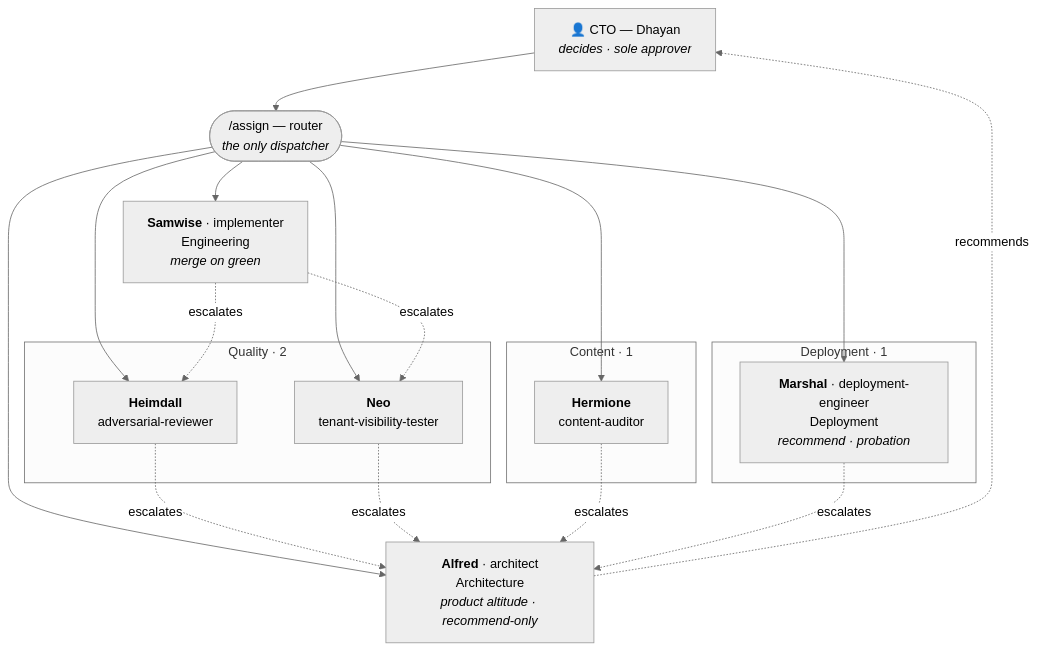
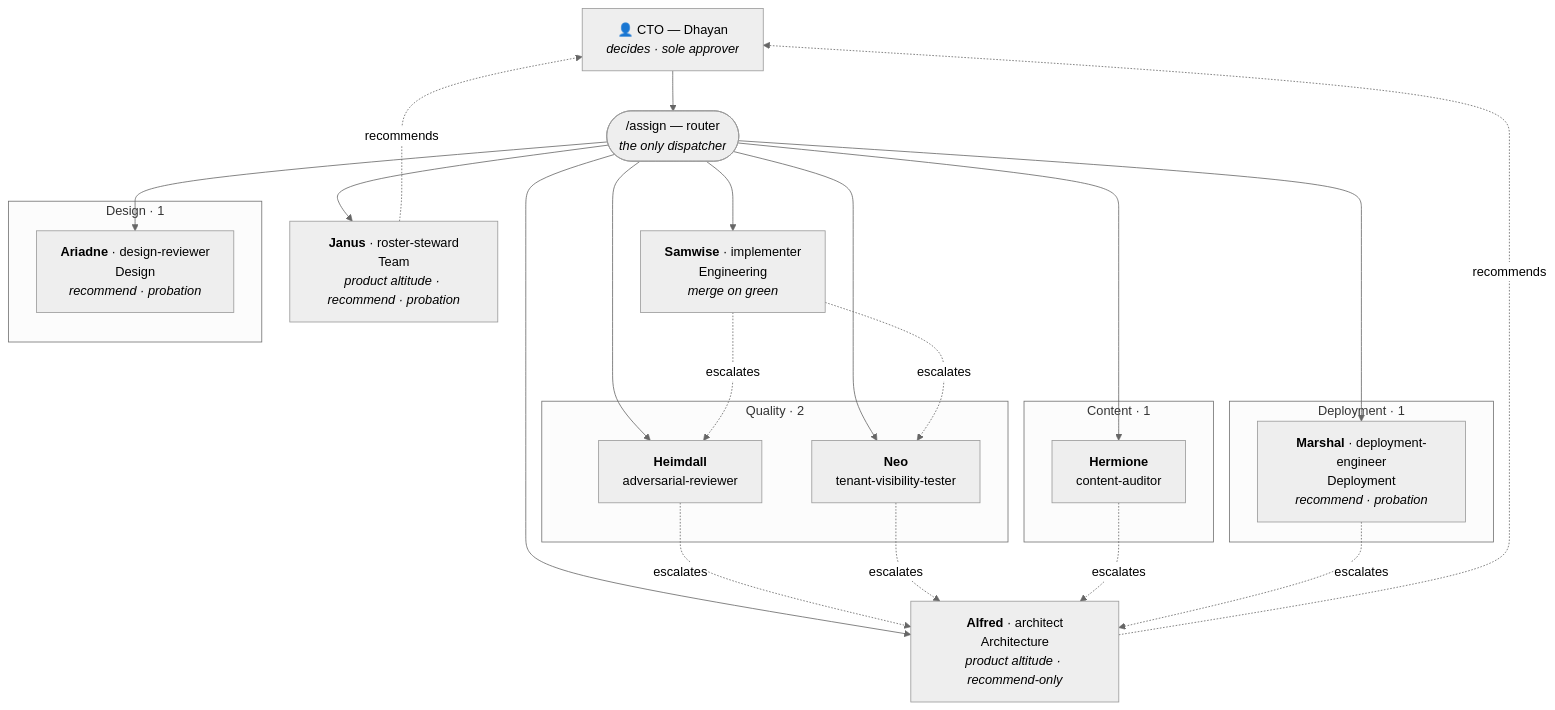
Before and after one commit to Indian-VCs/V-Team: the diagram in README.md, drawn with Mermaid (neutral theme). The commit also changed other lines of this file and 5 other files, not shown here.

````diff
--- a/README.md
+++ b/README.md
@@ -116,40 +122,48 @@
 ```mermaid
 flowchart TD
     CTO["👤 CTO — Dhayan<br/><i>decides · sole approver</i>"]
     ROUTER(["/assign — router<br/><i>the only dispatcher</i>"])
 
     ALFRED["<b>Alfred</b> · architect<br/>Architecture<br/><i>product altitude · recommend-only</i>"]
+    JANUS["<b>Janus</b> · roster-steward<br/>Team<br/><i>product altitude · recommend · probation</i>"]
 
     HEIMDALL["<b>Heimdall</b><br/>adversarial-reviewer"]
     NEO["<b>Neo</b><br/>tenant-visibility-tester"]
     HERMIONE["<b>Hermione</b><br/>content-auditor"]
+    ARIADNE["<b>Ariadne</b> · design-reviewer<br/>Design<br/><i>recommend · probation</i>"]
     MARSHAL["<b>Marshal</b> · deployment-engineer<br/>Deployment<br/><i>recommend · probation</i>"]
     SAMWISE["<b>Samwise</b> · implementer<br/>Engineering<br/><i>merge on green</i>"]
 
     CTO --> ROUTER
     ROUTER --> ALFRED
+    ROUTER --> JANUS
     ROUTER --> HEIMDALL
     ROUTER --> NEO
     ROUTER --> HERMIONE
+    ROUTER --> ARIADNE
     ROUTER --> MARSHAL
     ROUTER --> SAMWISE
 
     SAMWISE -. escalates .-> HEIMDALL
     SAMWISE -. escalates .-> NEO
     HEIMDALL -. escalates .-> ALFRED
     NEO -. escalates .-> ALFRED
     HERMIONE -. escalates .-> ALFRED
     MARSHAL -. escalates .-> ALFRED
     ALFRED -. recommends .-> CTO
+    JANUS -. recommends .-> CTO
 
     subgraph QUALITY [" Quality · 2 "]
         HEIMDALL
         NEO
     end
     subgraph CONTENT [" Content · 1 "]
         HERMIONE
     end
+    subgraph DESIGN [" Design · 1 "]
+        ARIADNE
+    end
     subgraph DEPLOY [" Deployment · 1 "]
         MARSHAL
     end
 ```
````
